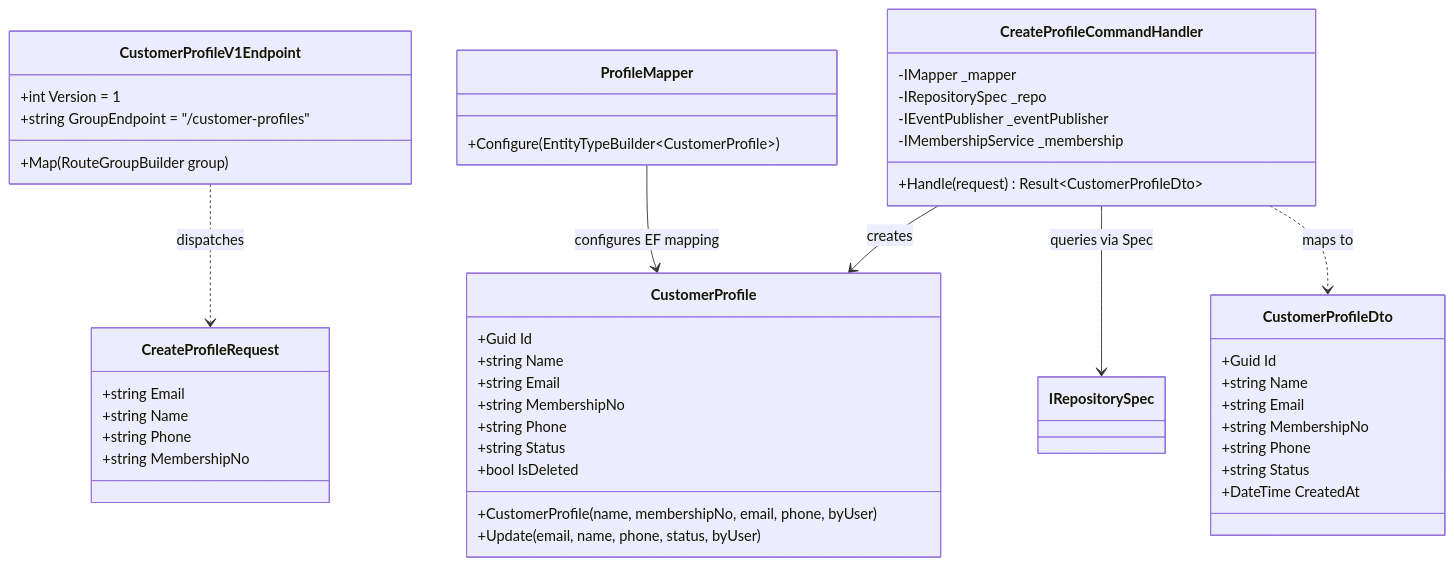
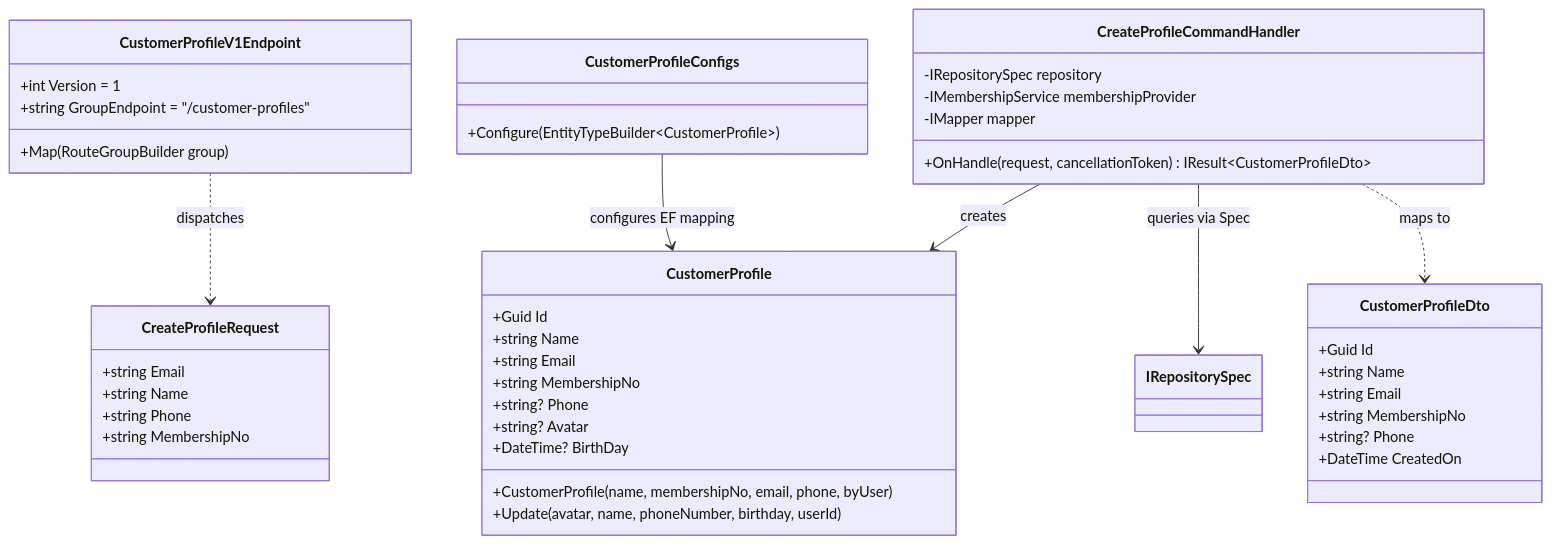
The third of 4 diagrams in docs/features/customer-profiles/architecture.md (baoduy/DKNet.Templates), drawn with Mermaid before and after one commit. The commit also changed other lines of this file and 9 other files, not shown here.

````diff
--- a/docs/features/customer-profiles/architecture.md
+++ b/docs/features/customer-profiles/architecture.md
@@ -91,55 +91,53 @@
 ```mermaid
 classDiagram
     class CustomerProfileV1Endpoint {
         +int Version = 1
         +string GroupEndpoint = "/customer-profiles"
         +Map(RouteGroupBuilder group)
     }
 
     class CreateProfileRequest {
         +string Email
         +string Name
         +string Phone
         +string MembershipNo
     }
 
     class CreateProfileCommandHandler {
-        -IMapper _mapper
-        -IRepositorySpec _repo
-        -IEventPublisher _eventPublisher
-        -IMembershipService _membership
-        +Handle(request) Result~CustomerProfileDto~
+        -IRepositorySpec repository
+        -IMembershipService membershipProvider
+        -IMapper mapper
+        +OnHandle(request, cancellationToken) IResult~CustomerProfileDto~
     }
 
     class CustomerProfile {
         +Guid Id
         +string Name
         +string Email
         +string MembershipNo
-        +string Phone
-        +string Status
-        +bool IsDeleted
+        +string? Phone
+        +string? Avatar
+        +DateTime? BirthDay
         +CustomerProfile(name, membershipNo, email, phone, byUser)
-        +Update(email, name, phone, status, byUser)
+        +Update(avatar, name, phoneNumber, birthday, userId)
     }
 
-    class ProfileMapper {
+    class CustomerProfileConfigs {
         +Configure(EntityTypeBuilder~CustomerProfile~)
     }
 
     class CustomerProfileDto {
         +Guid Id
         +string Name
         +string Email
         +string MembershipNo
-        +string Phone
-        +string Status
-        +DateTime CreatedAt
+        +string? Phone
+        +DateTime CreatedOn
     }
 
     CustomerProfileV1Endpoint ..> CreateProfileRequest : dispatches
     CreateProfileCommandHandler --> CustomerProfile : creates
     CreateProfileCommandHandler --> IRepositorySpec : queries via Spec
-    ProfileMapper --> CustomerProfile : configures EF mapping
+    CustomerProfileConfigs --> CustomerProfile : configures EF mapping
     CreateProfileCommandHandler ..> CustomerProfileDto : maps to
 ```
````
